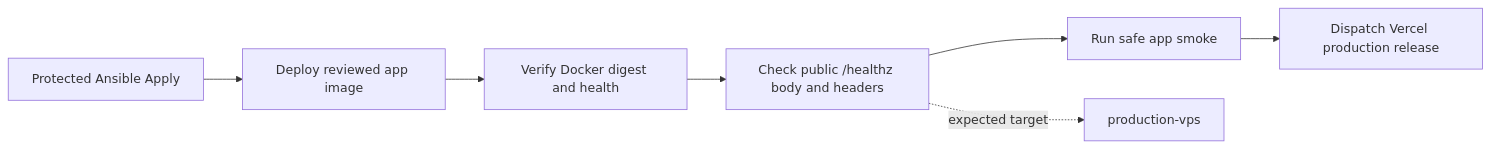
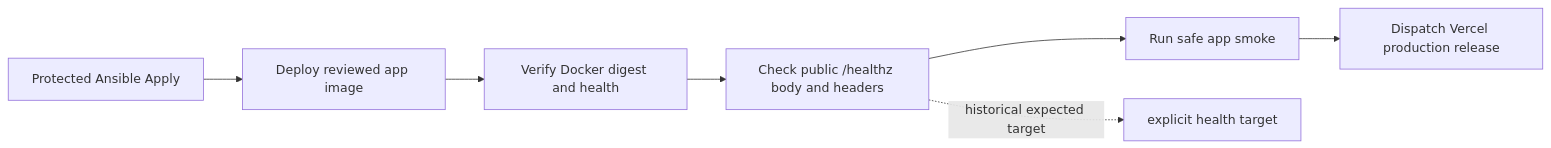
One commit to ramideltoro/nutsnews-docs changed the diagram in updates/README_VPS_RELEASE_SMOKE_HEALTH_TARGET_FIX.md. Above: the diagram before and after it, drawn with Mermaid. The commit also changed other lines of this file and 5 other files, not shown here.

Commit message:
Document VPS health build target contract

````diff
--- a/updates/README_VPS_RELEASE_SMOKE_HEALTH_TARGET_FIX.md
+++ b/updates/README_VPS_RELEASE_SMOKE_HEALTH_TARGET_FIX.md
@@ -45,9 +46,9 @@
 ```mermaid
 flowchart LR
   A[Protected Ansible Apply] --> B[Deploy reviewed app image]
   B --> C[Verify Docker digest and health]
   C --> D[Check public /healthz body and headers]
   D --> E[Run safe app smoke]
   E --> F[Dispatch Vercel production release]
-  D -. expected target .-> G[production-vps]
+  D -. historical expected target .-> G[explicit health target]
 ```
````
